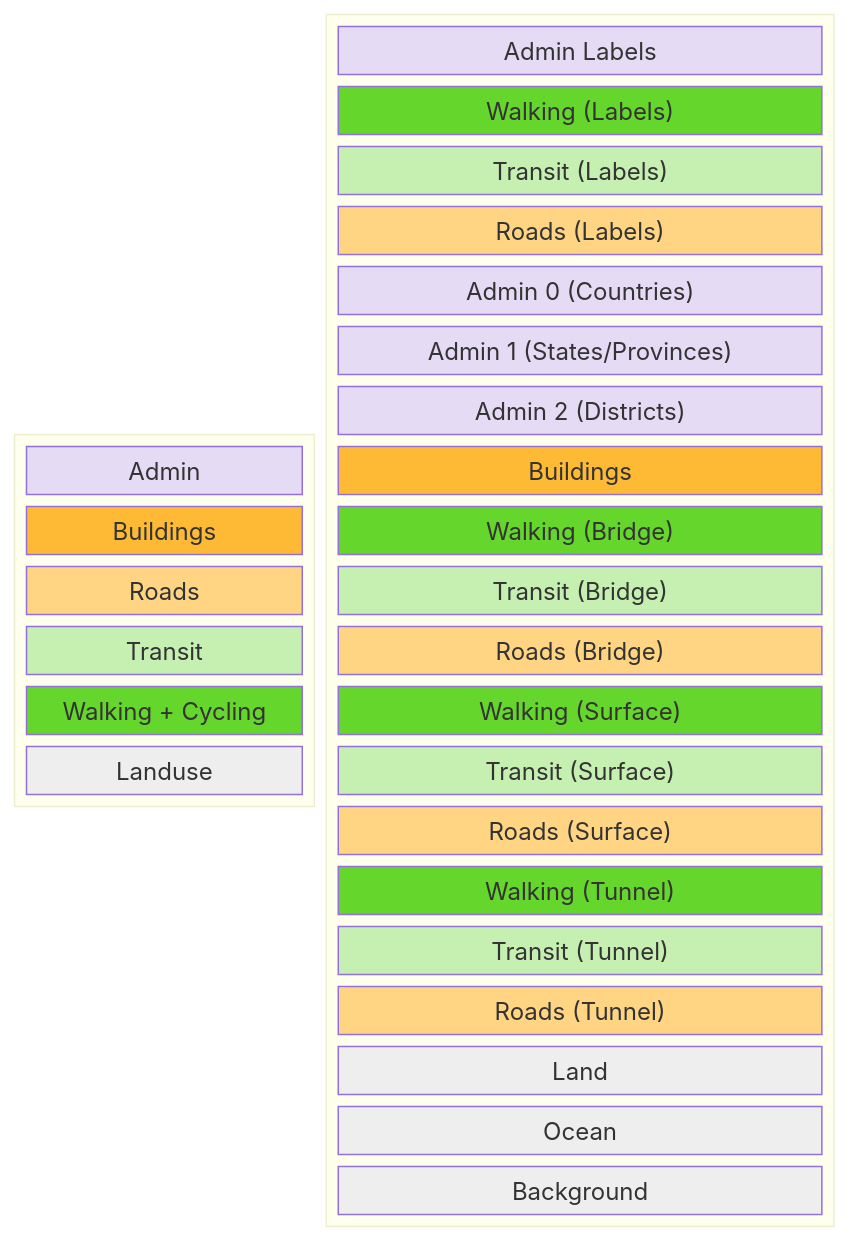
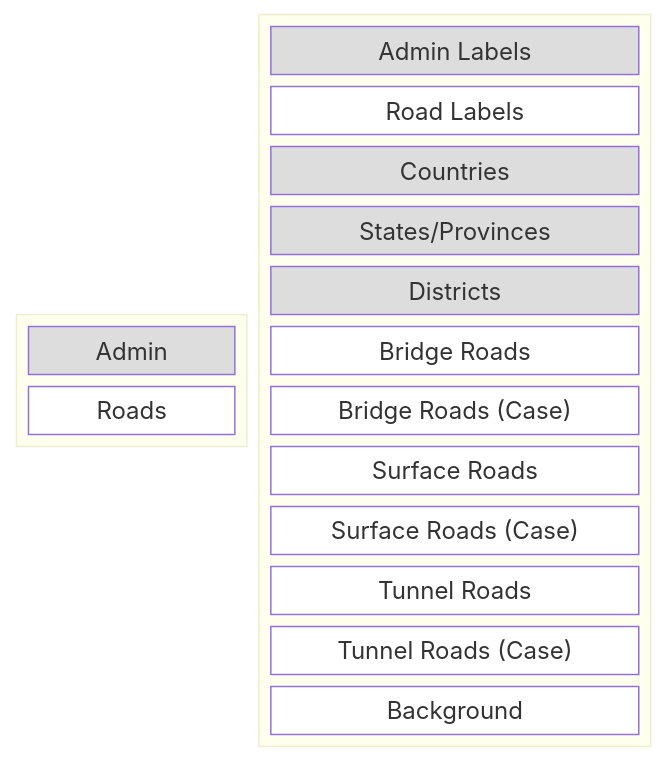
The second of 2 diagrams in posts/everything-i-know-about-slippy-maps.md (awesomephant/blog), drawn with Mermaid before and after one commit. The commit also changed other lines of this file and 1 other file, not shown here.

Commit message:
iterate diagrams

```diff
--- a/posts/everything-i-know-about-slippy-maps.md
+++ b/posts/everything-i-know-about-slippy-maps.md
@@ -100,53 +110,36 @@
 {% mermaid %}
 block-beta
 columns 10
 
-classDef admin fill:#e5dbf5;
-classDef buildings fill:#FFBA35;
-classDef roads fill:#FFD584;
-classDef transit fill:#C5F0B1;
-classDef walking fill:#65D62B;
-classDef landuse fill:#eee;
+classDef admin fill:#ddd;
+classDef roads fill:#fff;
+classDef landuse fill:#fff;
 
 block:semantic:6
 columns 1
 columns 1
 s_admin["Admin"]
-s_buildings["Buildings"]
 s_roads["Roads"]
-s_transit["Transit"]
-s_walking["Walking + Cycling"]
-s_landuse["Landuse"]
 end
 
 block:actual:10
 columns 1
 a_admin_labels["Admin Labels"]
-a_walking_labels["Walking (Labels)"]
-a_transit_labels["Transit (Labels)"]
-a_roads_labels["Roads (Labels)"]
-a_admin0["Admin 0 (Countries)"]
-a_admin1["Admin 1 (States/Provinces)"]
-a_admin2["Admin 2 (Districts)"]
-a_buildings["Buildings"]
-a_walking_bridge["Walking (Bridge)"]
-a_transit_bridge["Transit (Bridge)"]
-a_roads_bridge["Roads (Bridge)"]
-a_walking_surface["Walking (Surface)"]
-a_transit_surface["Transit (Surface)"]
-a_roads_surface["Roads (Surface)"]
-a_walking_tunnel["Walking (Tunnel)"]
-a_transit_tunnel["Transit (Tunnel)"]
-a_roads_tunnel["Roads (Tunnel)"]
-a_land["Land"]
-a_ocean["Ocean"]
+a_roads_labels["Road Labels"]
+a_admin0["Countries"]
+a_admin1["States/Provinces"]
+a_admin2["Districts"]
+a_roads_bridge["Bridge Roads"]
+a_roads_bridge_case["Bridge Roads (Case)"]
+a_roads_surface["Surface Roads"]
+a_roads_surface_case["Surface Roads (Case)"]
+a_roads_tunnel["Tunnel Roads"]
+a_roads_tunnel_case["Tunnel Roads (Case)"]
 a_background["Background"]
 end
 
 class s_admin,a_admin0,a_admin1,a_admin2,a_admin_labels admin
 class s_buildings,a_buildings buildings
-class s_roads,a_roads_bridge,a_roads_surface,a_roads_tunnel,a_roads_labels roads
-class s_transit,a_transit_bridge,a_transit_surface,a_transit_tunnel,a_transit_labels transit
-class s_walking,a_walking_bridge,a_walking_surface,a_walking_tunnel,a_walking_labels walking
+class s_roads,a_roads_bridge,a_roads_bridge_case,a_roads_surface,a_roads_surface_case,a_roads_tunnel,a_roads_tunnel_case,a_roads_labels roads
 class s_landuse,a_land,a_ocean,a_background landuse
 {% endmermaid %}
```
